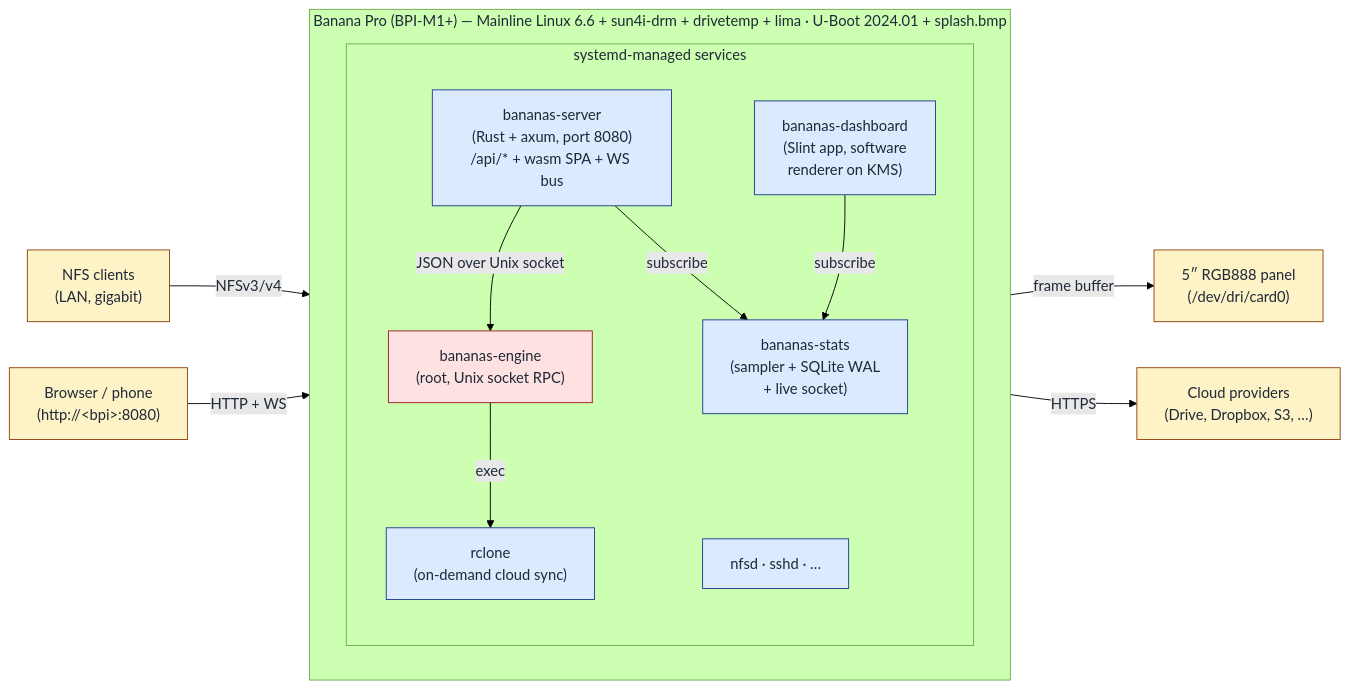
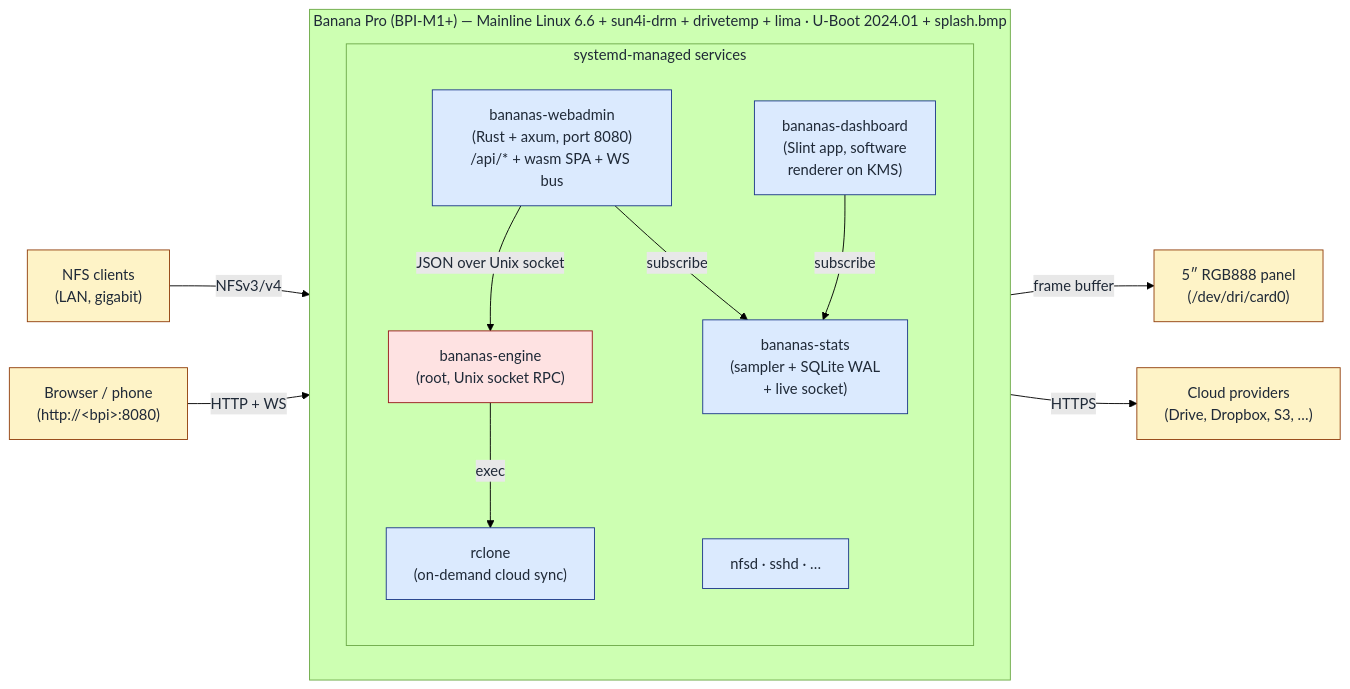
The diagram in README.md (rubeniskov/bananas), drawn with Mermaid (forest theme) before and after one commit. The commit also changed other lines of this file and 79 other files, not shown here.

First line of the commit message:
refactor(server): rename bananas-server → bananas-webadmin

````diff
--- a/README.md
+++ b/README.md
@@ -178,36 +178,36 @@
 ```mermaid
 flowchart LR
     Clients["NFS clients<br/>(LAN, gigabit)"]
     Browser["Browser / phone<br/>(http://&lt;bpi&gt;:8080)"]
     LCD["5″ RGB888 panel<br/>(/dev/dri/card0)"]
     Cloud["Cloud providers<br/>(Drive, Dropbox, S3, …)"]
 
     subgraph BPI["Banana Pro (BPI-M1+) — Mainline Linux 6.6 + sun4i-drm + drivetemp + lima · U-Boot 2024.01 + splash.bmp"]
         direction TB
         subgraph Userspace["systemd-managed services"]
             direction TB
-            Server["bananas-server<br/>(Rust + axum, port 8080)<br/>/api/* + wasm SPA + WS bus"]
+            Server["bananas-webadmin<br/>(Rust + axum, port 8080)<br/>/api/* + wasm SPA + WS bus"]
             Helper["bananas-engine<br/>(root, Unix socket RPC)"]
             Stats["bananas-stats<br/>(sampler + SQLite WAL<br/>+ live socket)"]
             Dashboard["bananas-dashboard<br/>(Slint app, software<br/>renderer on KMS)"]
             Rclone["rclone<br/>(on-demand cloud sync)"]
             Nfsd["nfsd · sshd · …"]
         end
     end
 
     Clients -->|NFSv3/v4| Nfsd
     Browser -->|HTTP + WS| Server
     Server -->|JSON over Unix socket| Helper
     Server -->|subscribe| Stats
     Dashboard -->|subscribe| Stats
     Dashboard -->|frame buffer| LCD
     Helper -->|exec| Rclone
     Rclone -->|HTTPS| Cloud
 
     classDef ext fill:#fef3c7,stroke:#92400e,color:#1f2937
     classDef svc fill:#dbeafe,stroke:#1e3a8a,color:#1f2937
     classDef root fill:#fee2e2,stroke:#991b1b,color:#1f2937
     class Clients,Browser,LCD,Cloud ext
     class Server,Stats,Dashboard,Rclone,Nfsd svc
     class Helper root
 ```
````
